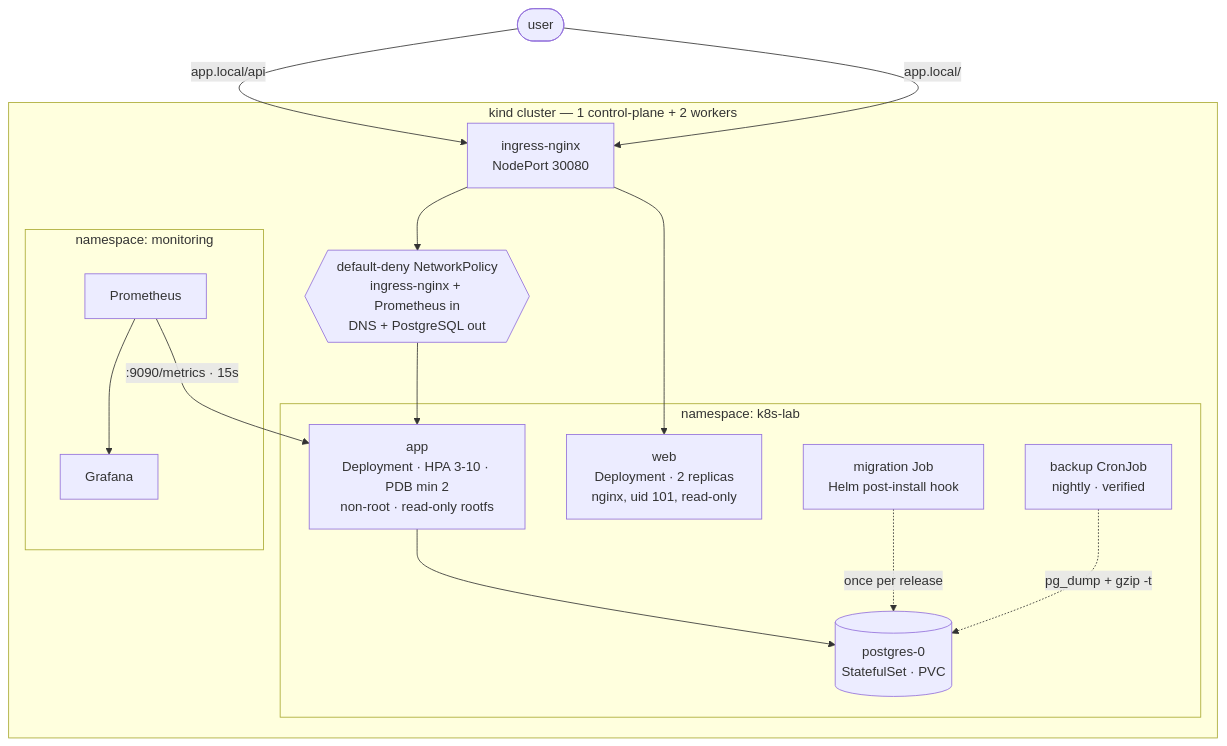
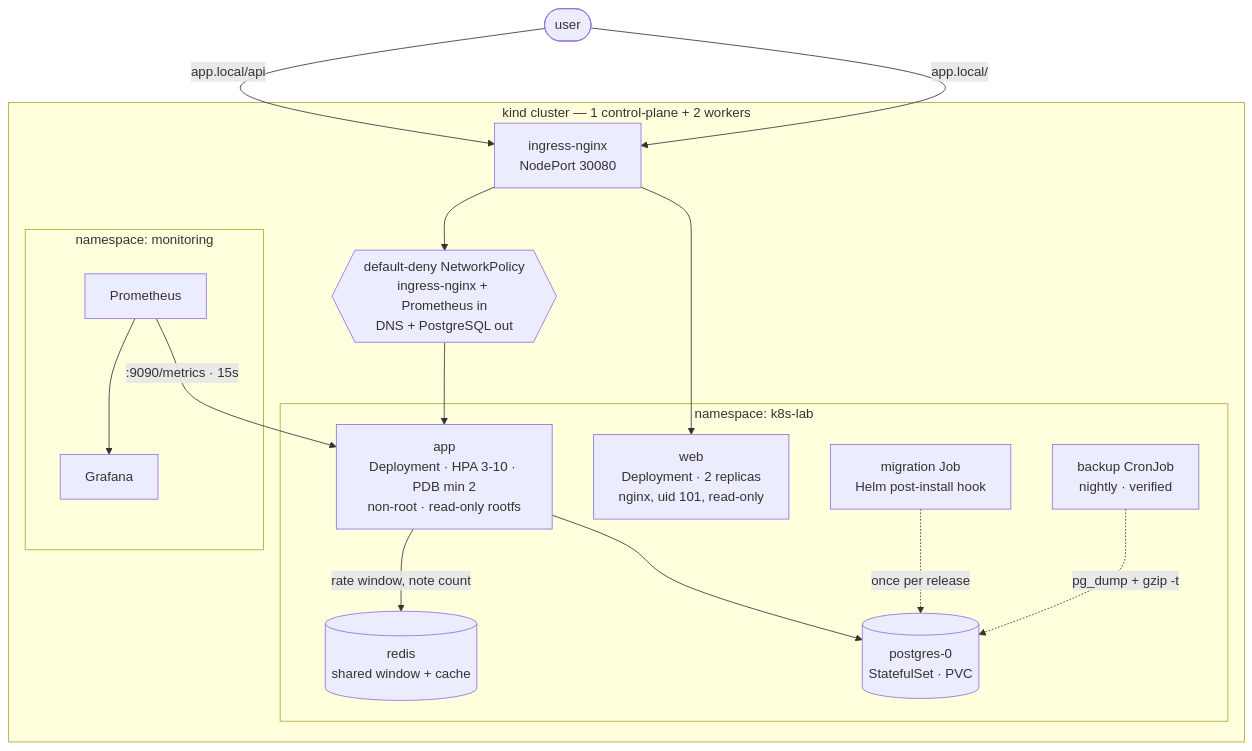
Before and after one commit to alpacino-0/k8s-lab: the diagram in README.md, drawn with Mermaid. The commit also changed other lines of this file and 17 other files, not shown here.

First line of the commit message:
feat: shared rate-limit window and a read cache, backed by Redis

````diff
--- a/README.md
+++ b/README.md
@@ -27,31 +27,33 @@
 ```mermaid
 flowchart TB
     U([user])
 
     subgraph CL["kind cluster — 1 control-plane + 2 workers"]
         ING["ingress-nginx<br/>NodePort 30080"]
 
         subgraph NS["namespace: k8s-lab"]
             WEB["web<br/>Deployment · 2 replicas<br/>nginx, uid 101, read-only"]
+            RD[("redis<br/>shared window + cache")]
             APP["app<br/>Deployment · HPA 3-10 · PDB min 2<br/>non-root · read-only rootfs"]
             PG[("postgres-0<br/>StatefulSet · PVC")]
             MIG["migration Job<br/>Helm post-install hook"]
             BK["backup CronJob<br/>nightly · verified"]
         end
 
         subgraph MON["namespace: monitoring"]
             PROM["Prometheus"]
             GRAF["Grafana"]
         end
 
         NP{{"default-deny NetworkPolicy<br/>ingress-nginx + Prometheus in<br/>DNS + PostgreSQL out"}}
     end
 
     U -->|"app.local/"| ING --> WEB
     U -->|"app.local/api"| ING --> NP --> APP
     APP --> PG
+    APP -->|"rate window, note count"| RD
     MIG -.->|once per release| PG
     BK -.->|pg_dump + gzip -t| PG
     PROM -->|":9090/metrics · 15s"| APP
     PROM --> GRAF
 ```
````
